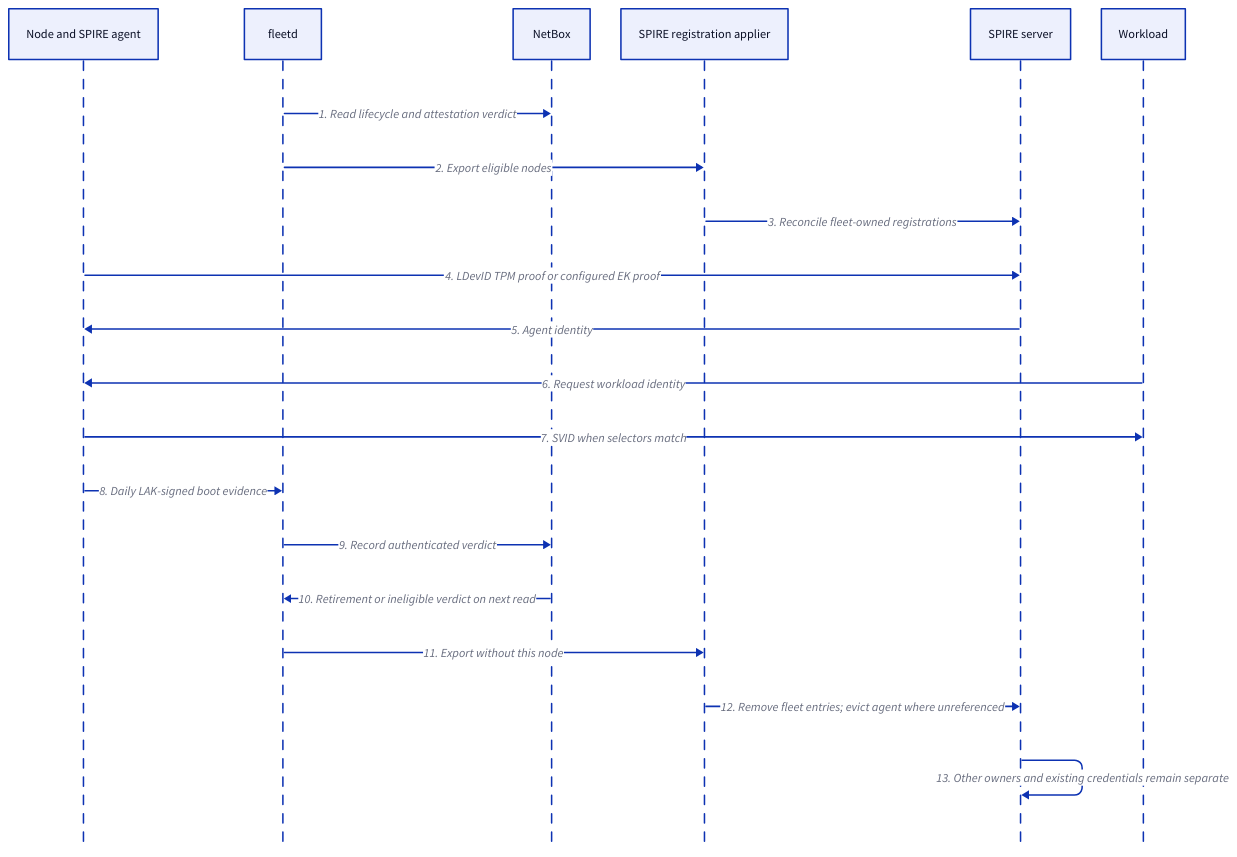
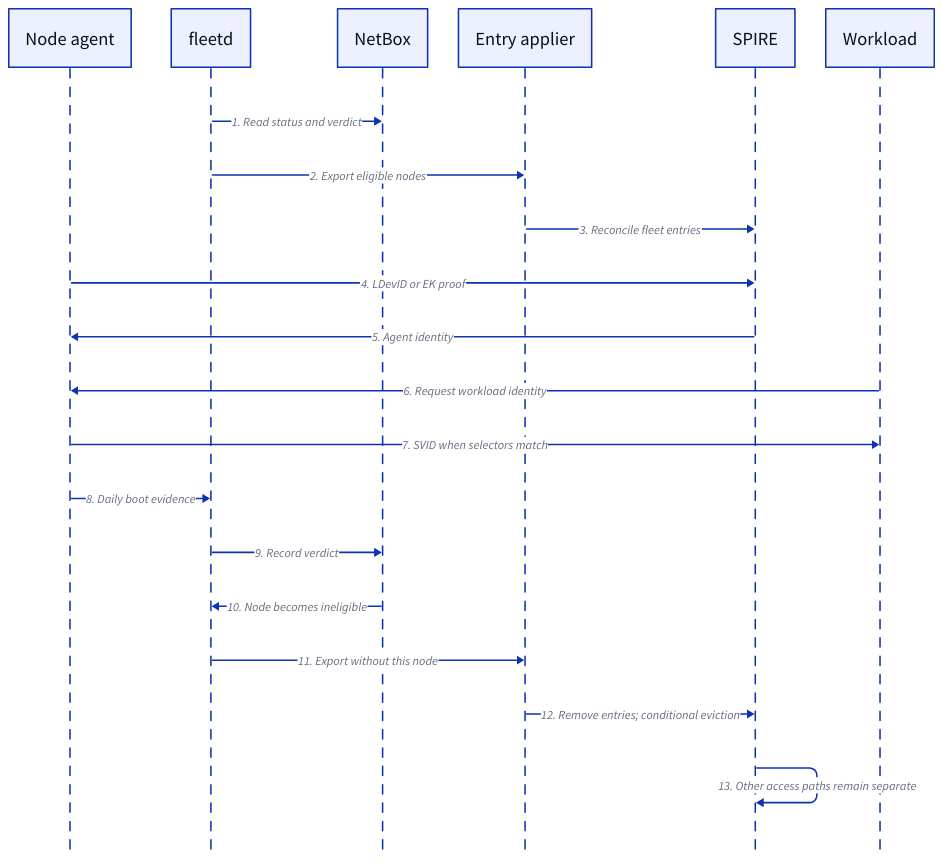
Before and after one commit to jonpulsifer/infra: the diagram in docs/assets/folly-design-identity.d2, drawn with D2. The commit also changed 8 other files, not shown here.

Commit message:
docs: make trust diagrams readable in print

```diff
--- a/docs/assets/folly-design-identity.d2
+++ b/docs/assets/folly-design-identity.d2
@@ -1,21 +1,22 @@
 vars: {d2-config: {theme-id: 0; pad: 24}}
 shape: sequence_diagram
-node: "Node and SPIRE agent"
+node: "Node agent"
 fleet: fleetd
 netbox: NetBox
-applier: "SPIRE registration applier"
-spire: "SPIRE server"
+applier: "Entry applier"
+spire: SPIRE
 pod: Workload
-fleet -> netbox: "1. Read lifecycle and attestation verdict"
+fleet -> netbox: "1. Read status and verdict"
 fleet -> applier: "2. Export eligible nodes"
-applier -> spire: "3. Reconcile fleet-owned registrations"
-node -> spire: "4. LDevID TPM proof or configured EK proof"
+applier -> spire: "3. Reconcile fleet entries"
+node -> spire: "4. LDevID or EK proof"
 spire -> node: "5. Agent identity"
 pod -> node: "6. Request workload identity"
 node -> pod: "7. SVID when selectors match"
-node -> fleet: "8. Daily LAK-signed boot evidence"
-fleet -> netbox: "9. Record authenticated verdict"
-netbox -> fleet: "10. Retirement or ineligible verdict on next read"
+node -> fleet: "8. Daily boot evidence"
+fleet -> netbox: "9. Record verdict"
+netbox -> fleet: "10. Node becomes ineligible"
 fleet -> applier: "11. Export without this node"
-applier -> spire: "12. Remove fleet entries; evict agent where unreferenced"
-spire -> spire: "13. Other owners and existing credentials remain separate"
+applier -> spire: "12. Remove entries; conditional eviction"
+spire -> spire: "13. Other access paths remain separate"
+**.style.font-size: 24
```
